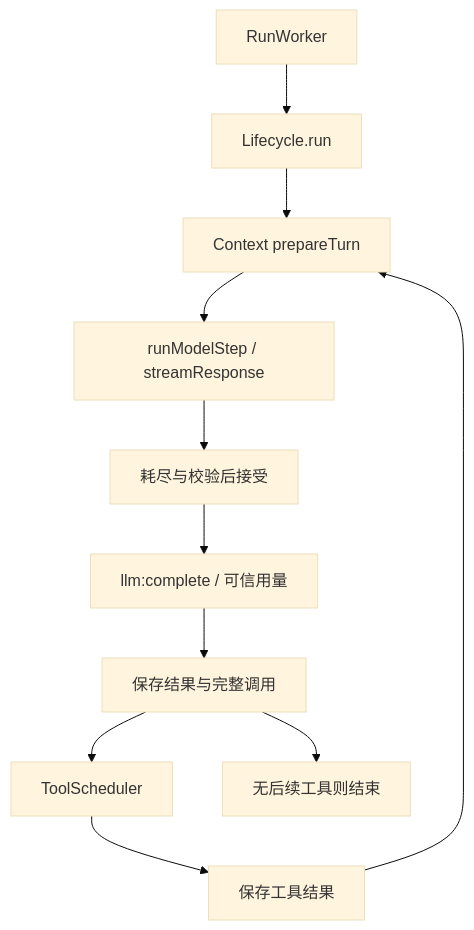
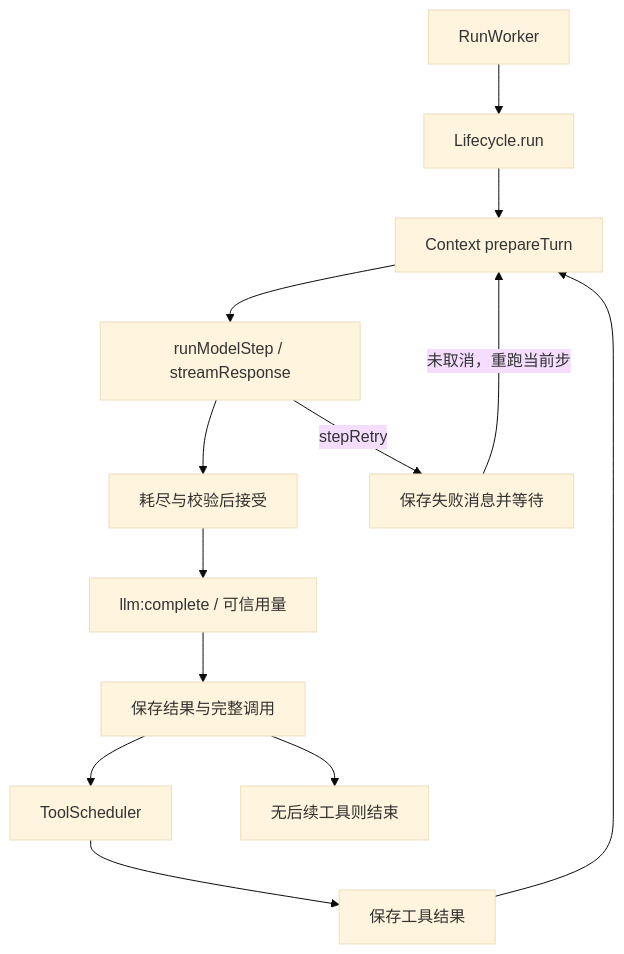
One commit to diverHansun/ohbaby-agent changed the diagram in docs/core/lifecycle/architecture.md. Above: the diagram before and after it, drawn with Mermaid (base theme). The commit also changed other lines of this file and 9 other files, not shown here.

````diff
--- a/docs/core/lifecycle/architecture.md
+++ b/docs/core/lifecycle/architecture.md
@@ -16,13 +16,15 @@
 ```mermaid
 flowchart TD
   W[RunWorker] --> L[Lifecycle.run]
   L --> C[Context prepareTurn]
   C --> M[runModelStep / streamResponse]
   M --> A[耗尽与校验后接受]
+  M -->|stepRetry| B[保存失败消息并等待]
+  B -->|未取消，重跑当前步| C
   A --> E[llm:complete / 可信用量]
   E --> S[保存结果与完整调用]
   S --> T[ToolScheduler]
   T --> R[保存工具结果]
   R --> C
   S --> F[无后续工具则结束]
 ```
````
